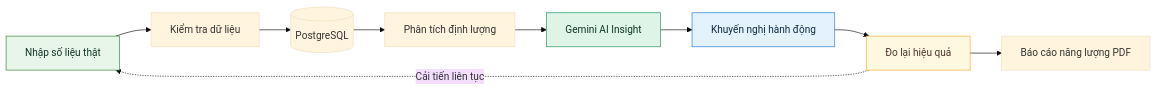
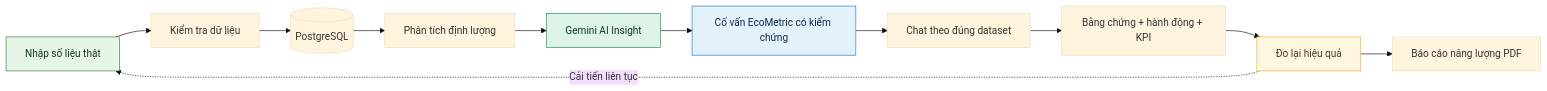
The first of 5 diagrams in README.md (NXThanh01/EcoMetric-iOS), drawn with Mermaid (base theme) before and after one commit. The commit also changed other lines of this file and 16 other files, not shown here.

````diff
--- a/README.md
+++ b/README.md
@@ -43,16 +43,18 @@
 ```mermaid
 flowchart LR
     A[Nhập số liệu thật] --> B[Kiểm tra dữ liệu]
     B --> C[(PostgreSQL)]
     C --> D[Phân tích định lượng]
     D --> E[Gemini AI Insight]
-    E --> F[Khuyến nghị hành động]
-    F --> G[Đo lại hiệu quả]
+    E --> F[Cố vấn EcoMetric có kiểm chứng]
+    F --> I[Chat theo đúng dataset]
+    I --> J[Bằng chứng + hành động + KPI]
+    J --> G[Đo lại hiệu quả]
     G --> H[Báo cáo năng lượng PDF]
     G -. Cải tiến liên tục .-> A
 
     style A fill:#E8F5E9,stroke:#2E7D32,color:#123524
     style E fill:#DDF4E7,stroke:#1B8A5A,color:#123524
     style F fill:#E3F2FD,stroke:#1976D2,color:#102A43
     style G fill:#FFF8E1,stroke:#F9A825,color:#4E342E
 ```
````
